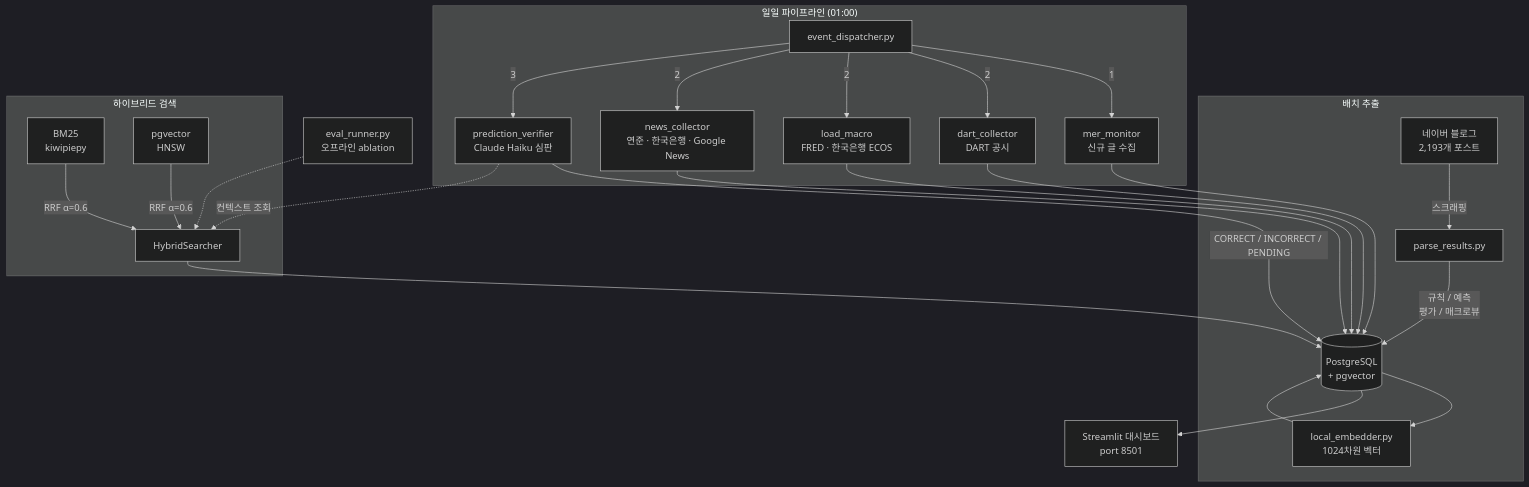
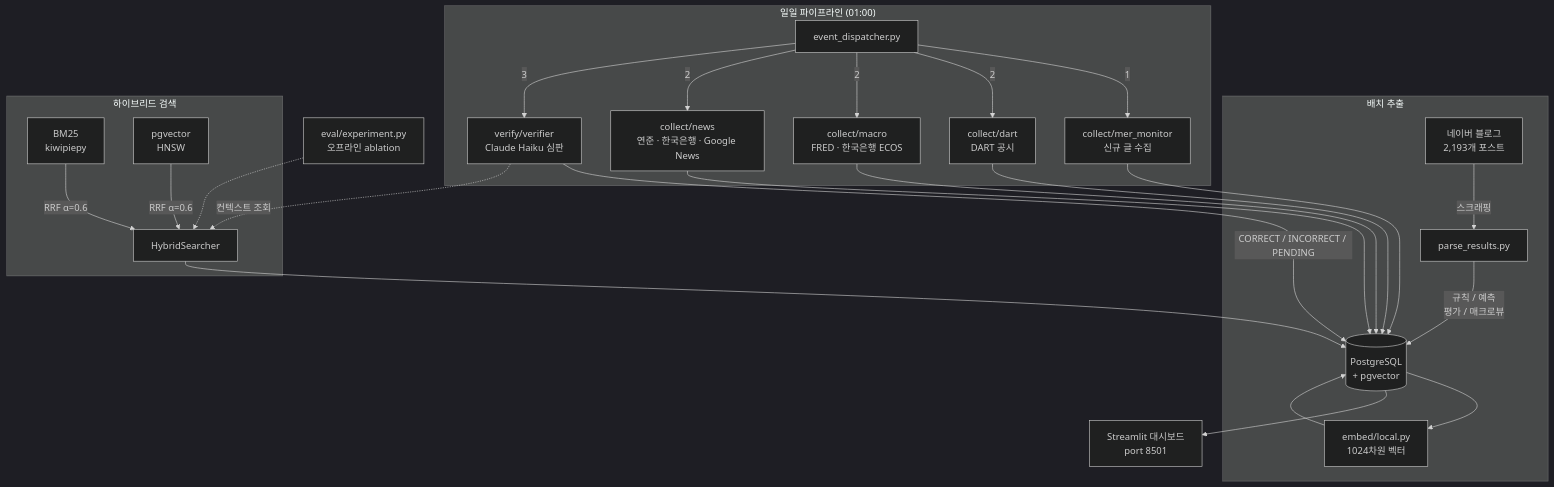
One commit to 11e3/mer-insight-pipeline changed the diagram in README_KR.md. Above: the diagram before and after it, drawn with Mermaid (dark theme). The commit also changed other lines of this file and 61 other files, not shown here.

````diff
--- a/README_KR.md
+++ b/README_KR.md
@@ -15,31 +15,31 @@
 ```mermaid
 flowchart TD
     subgraph 배치 추출
         A[네이버 블로그<br>2,193개 포스트] -->|스크래핑| B[parse_results.py]
         B -->|규칙 / 예측<br>평가 / 매크로뷰| C[(PostgreSQL<br>+ pgvector)]
-        C --> EMB[local_embedder.py<br>1024차원 벡터]
+        C --> EMB[embed/local.py<br>1024차원 벡터]
         EMB --> C
     end
 
     subgraph "일일 파이프라인 (01:00)"
-        ED[event_dispatcher.py] -->|1| MER[mer_monitor<br>신규 글 수집]
-        ED -->|2| DC[dart_collector<br>DART 공시]
-        ED -->|2| LM[load_macro<br>FRED · 한국은행 ECOS]
-        ED -->|2| NC[news_collector<br>연준 · 한국은행 · Google News]
-        ED -->|3| PV[prediction_verifier<br>Claude Haiku 심판]
+        ED[event_dispatcher.py] -->|1| MER[collect/mer_monitor<br>신규 글 수집]
+        ED -->|2| DC[collect/dart<br>DART 공시]
+        ED -->|2| LM[collect/macro<br>FRED · 한국은행 ECOS]
+        ED -->|2| NC[collect/news<br>연준 · 한국은행 · Google News]
+        ED -->|3| PV[verify/verifier<br>Claude Haiku 심판]
         MER --> C
         DC & LM & NC --> C
         PV -->|CORRECT / INCORRECT / PENDING| C
     end
 
     subgraph 하이브리드 검색
         HS1[BM25<br>kiwipiepy] & HS2[pgvector<br>HNSW] -->|RRF α=0.6| HS3[HybridSearcher]
     end
 
     PV -.->|컨텍스트 조회| HS3
     HS3 --> C
 
     C --> Q[Streamlit 대시보드<br>port 8501]
 
-    EV[eval_runner.py<br>오프라인 ablation] -.-> HS3
+    EV[eval/experiment.py<br>오프라인 ablation] -.-> HS3
 ```
````
